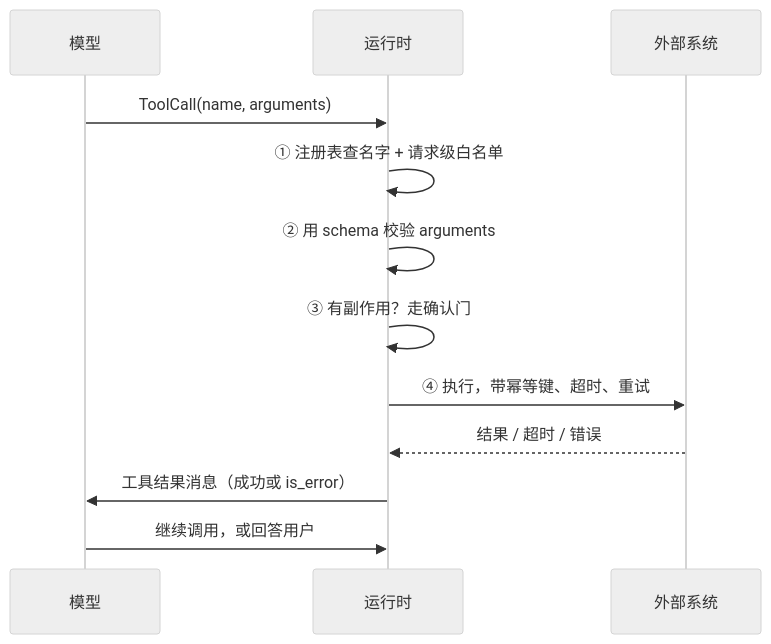
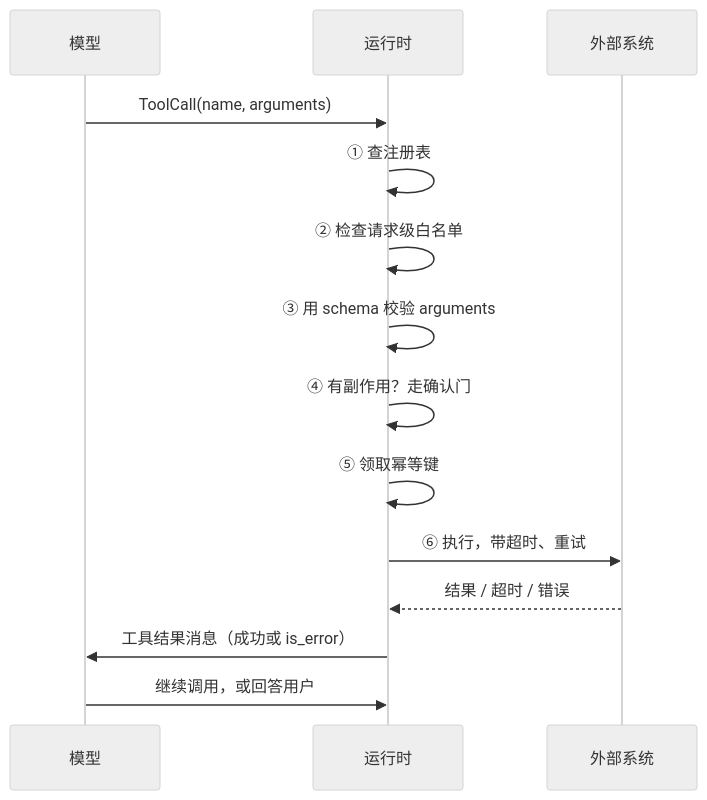
Before and after one commit to lance2016/ai-app-engineering: the diagram in lessons/tool-calling/README.md, drawn with Mermaid (neutral theme). The commit also changed other lines of this file and 34 other files, not shown here.

````diff
--- a/lessons/tool-calling/README.md
+++ b/lessons/tool-calling/README.md
@@ -65,14 +65,16 @@
 ```mermaid
 sequenceDiagram
     participant M as 模型
     participant R as 运行时
     participant X as 外部系统
     M->>R: ToolCall(name, arguments)
-    R->>R: ① 注册表查名字 + 请求级白名单
-    R->>R: ② 用 schema 校验 arguments
-    R->>R: ③ 有副作用？走确认门
-    R->>X: ④ 执行，带幂等键、超时、重试
+    R->>R: ① 查注册表
+    R->>R: ② 检查请求级白名单
+    R->>R: ③ 用 schema 校验 arguments
+    R->>R: ④ 有副作用？走确认门
+    R->>R: ⑤ 领取幂等键
+    R->>X: ⑥ 执行，带超时、重试
     X-->>R: 结果 / 超时 / 错误
     R->>M: 工具结果消息（成功或 is_error）
     M->>R: 继续调用，或回答用户
 ```
````
